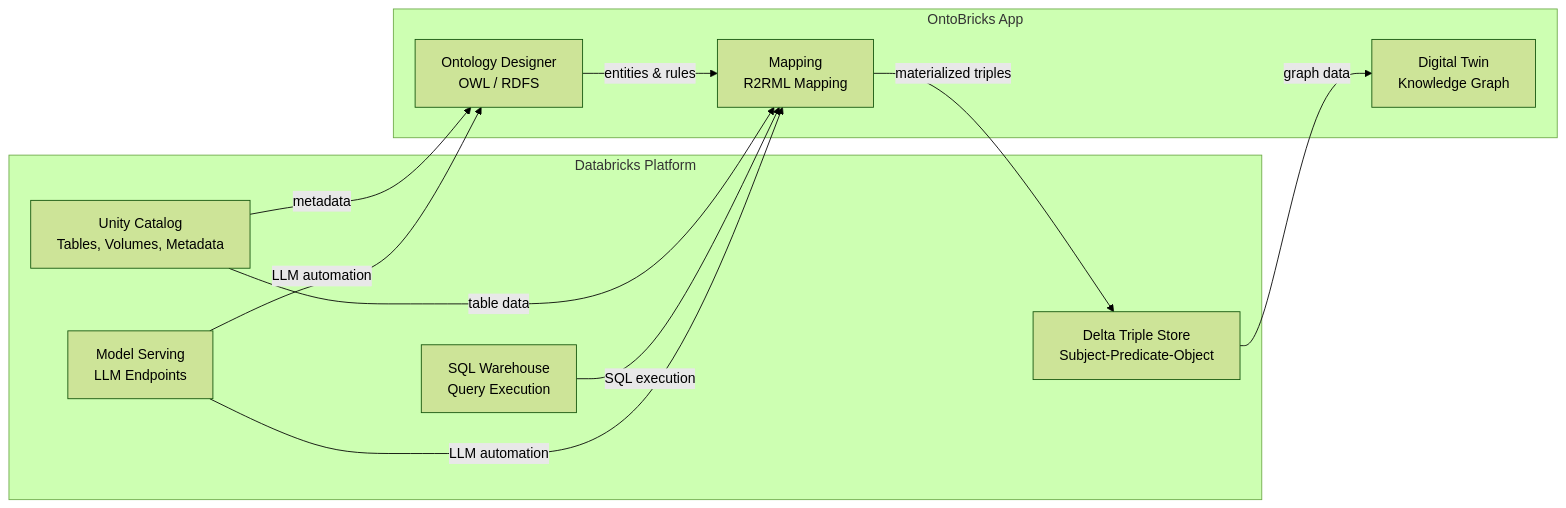
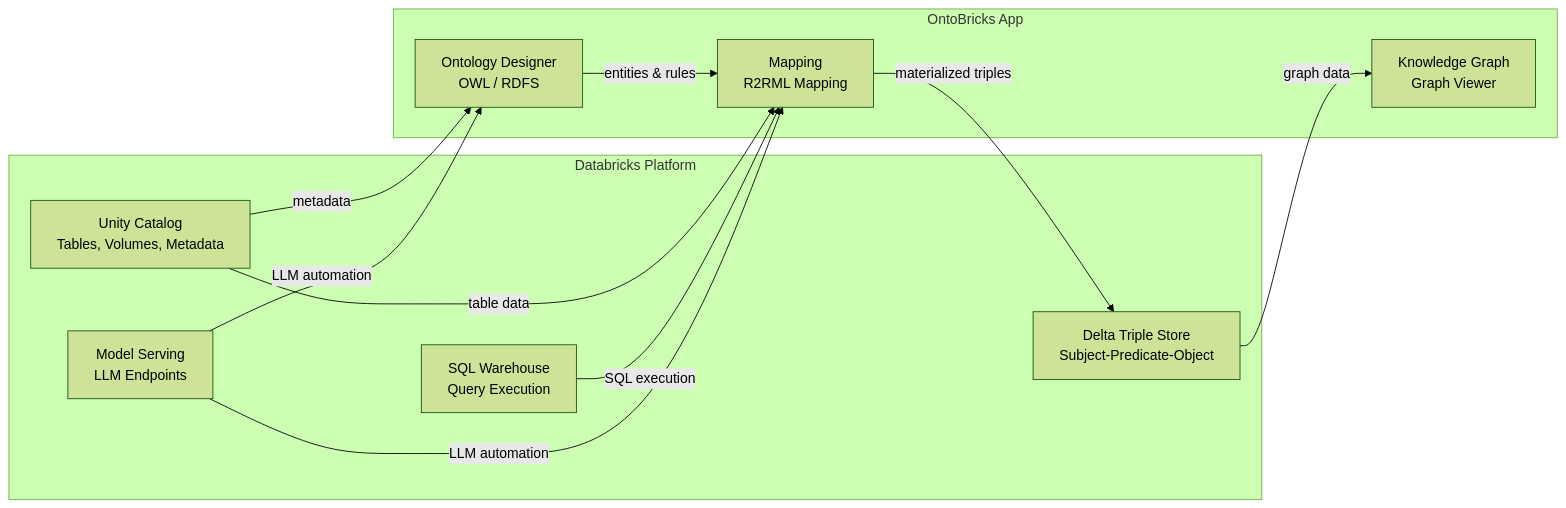
One commit to kmitul/ontobricks changed the first of 2 diagrams in docs/product.md. Above: the diagram before and after it, drawn with Mermaid (forest theme). The commit also changed other lines of this file and 123 other files, not shown here.

First line of the commit message:
rename: Digital Twin → Knowledge Graph, Knowledge Graph → Graph Viewer

````diff
--- a/docs/product.md
+++ b/docs/product.md
@@ -48,24 +48,24 @@
 ```mermaid
 flowchart LR
     subgraph databricksPlatform ["Databricks Platform"]
         UC["Unity Catalog<br/>Tables, Volumes, Metadata"]
         WH["SQL Warehouse<br/>Query Execution"]
         MS["Model Serving<br/>LLM Endpoints"]
         TS["Delta Triple Store<br/>Subject-Predicate-Object"]
     end
 
     subgraph ontoBricks ["OntoBricks App"]
         OD["Ontology Designer<br/>OWL / RDFS"]
         MA["Mapping<br/>R2RML Mapping"]
-        DT["Digital Twin<br/>Knowledge Graph"]
+        DT["Knowledge Graph<br/>Graph Viewer"]
     end
 
     UC -->|metadata| OD
     OD -->|entities & rules| MA
     UC -->|table data| MA
     WH -->|SQL execution| MA
     MS -->|LLM automation| OD
     MS -->|LLM automation| MA
     MA -->|materialized triples| TS
     TS -->|graph data| DT
 ```
````
